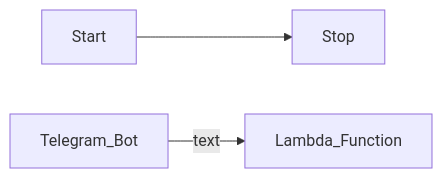
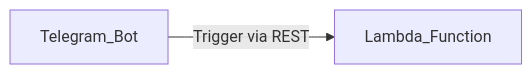
The diagram in README.md (ludesdeveloper/expense_app), drawn with Mermaid before and after one commit.

````diff
--- a/README.md
+++ b/README.md
@@ -8,5 +8,4 @@
 ```mermaid
 flowchart LR
-    Start --> Stop
-    Telegram_Bot-- text -->Lambda_Function
+    Telegram_Bot-- Trigger via REST -->Lambda_Function
 ```
````
